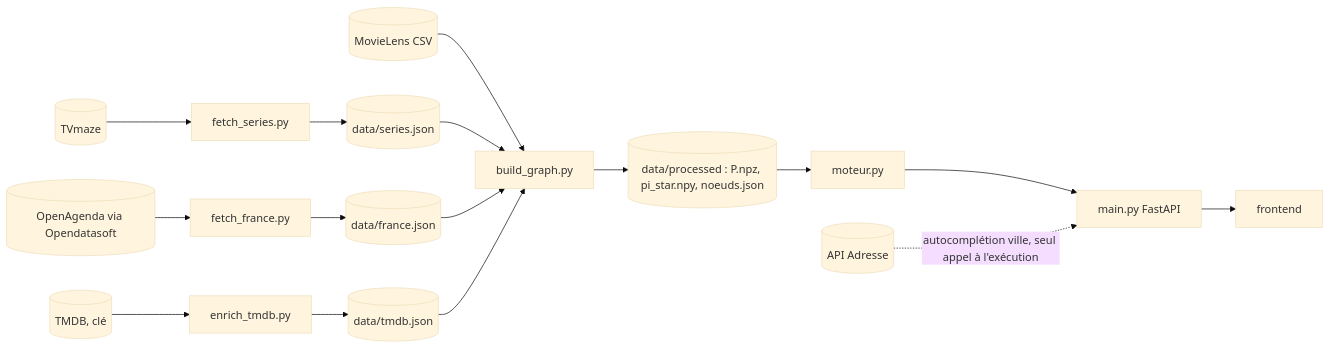
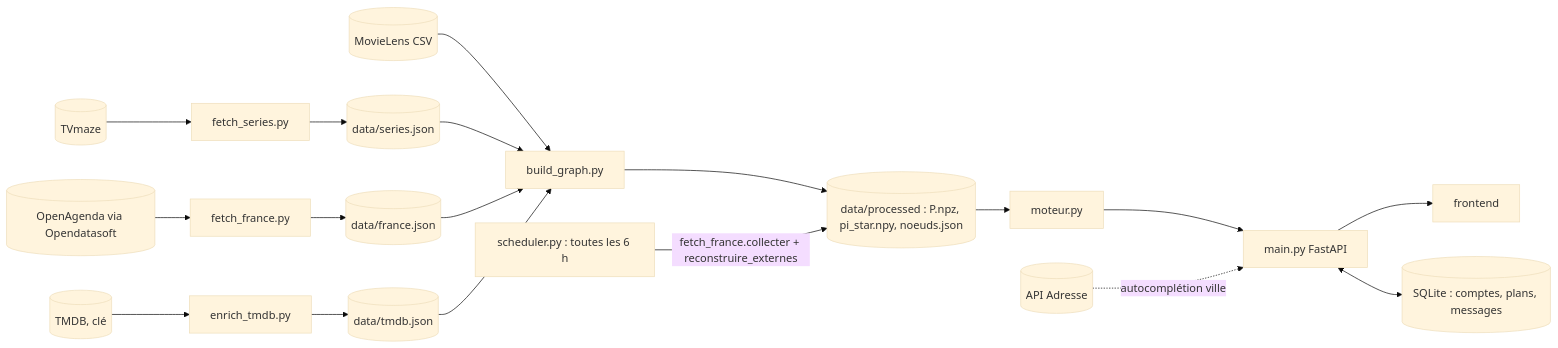
The diagram in docs/architecture.md (saadyia/hackathon_ennui), drawn with Mermaid (base theme) before and after one commit. The commit also changed other lines of this file and 20 other files, not shown here.

````diff
--- a/docs/architecture.md
+++ b/docs/architecture.md
@@ -4,10 +4,12 @@
 ```mermaid
 flowchart LR
   ML[(MovieLens CSV)] --> B[build_graph.py]
   TV[(TVmaze)] --> FS[fetch_series.py] --> SJ[(data/series.json)] --> B
   OA[(OpenAgenda via Opendatasoft)] --> FF[fetch_france.py] --> FJ[(data/france.json)] --> B
   TMDB[(TMDB, clé)] --> ET[enrich_tmdb.py] --> TJ[(data/tmdb.json)] --> B
   B --> D[(data/processed : P.npz, pi_star.npy, noeuds.json)]
   D --> M[moteur.py] --> A[main.py FastAPI] --> F[frontend]
-  AD[(API Adresse)] -. autocomplétion ville, seul appel à l'exécution .-> A
+  AD[(API Adresse)] -. autocomplétion ville .-> A
+  SC[scheduler.py : toutes les 6 h] -->|fetch_france.collecter + reconstruire_externes| D
+  A <--> DB[(SQLite : comptes, plans, messages)]
 ```
````
